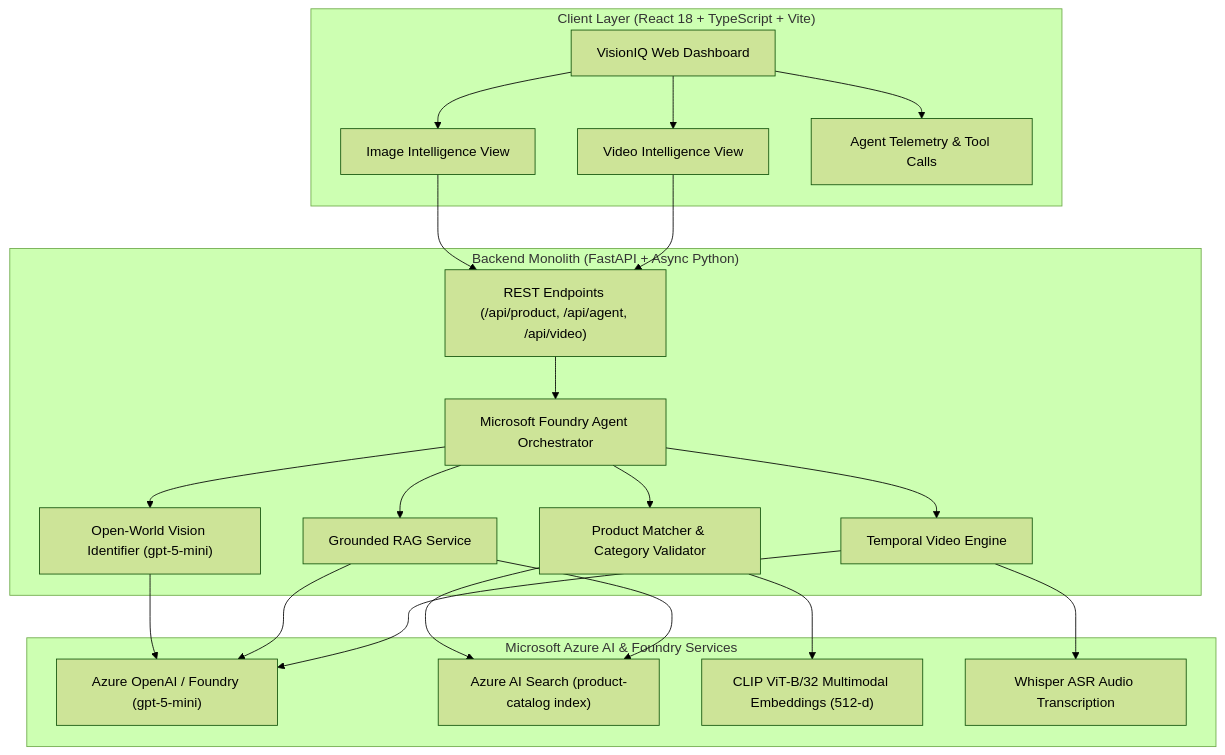
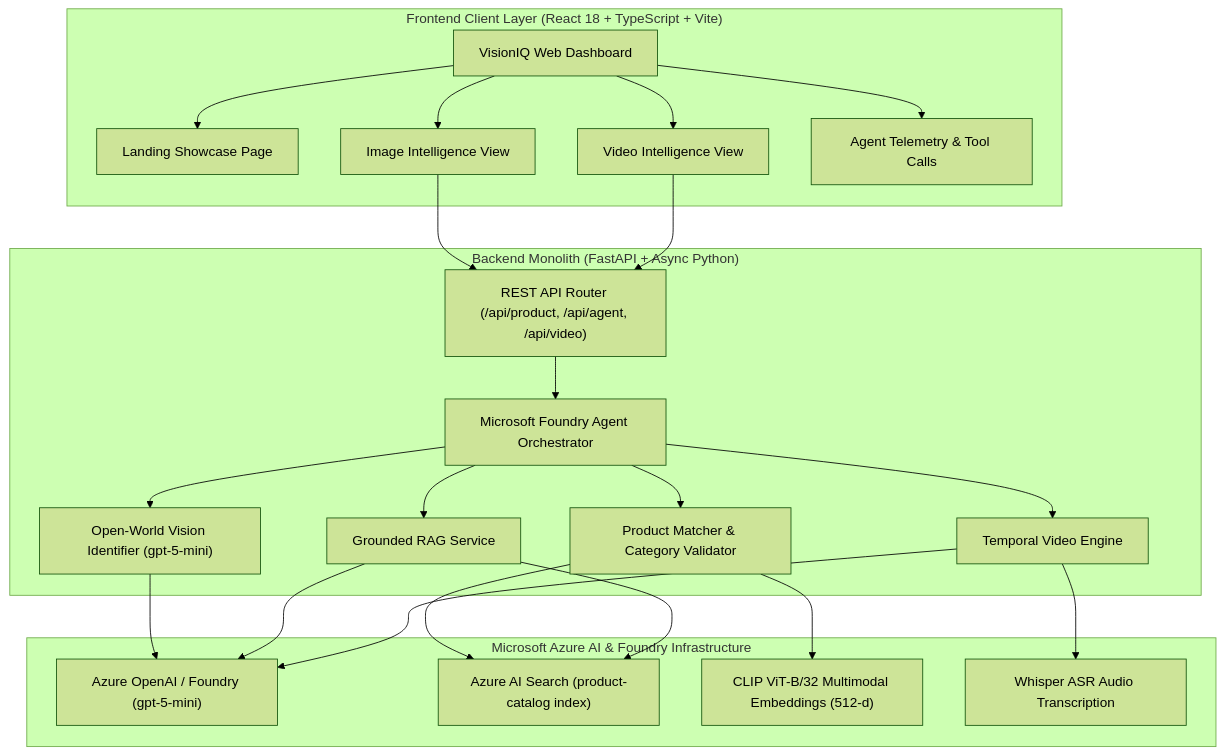
One commit to Pranjal-sh-git/visioniq changed the diagram in README.md. Above: the diagram before and after it, drawn with Mermaid (forest theme). The commit also changed other lines of this file and 11 other files, not shown here.

````diff
--- a/README.md
+++ b/README.md
@@ -61,34 +78,35 @@
 ```mermaid
 flowchart TD
-    subgraph Client ["Client Layer (React 18 + TypeScript + Vite)"]
+    subgraph Client ["Frontend Client Layer (React 18 + TypeScript + Vite)"]
         UI["VisionIQ Web Dashboard"]
+        Landing["Landing Showcase Page"]
         ImgTab["Image Intelligence View"]
         VidTab["Video Intelligence View"]
         TeleView["Agent Telemetry & Tool Calls"]
     end
 
     subgraph Backend ["Backend Monolith (FastAPI + Async Python)"]
-        API["REST Endpoints (/api/product, /api/agent, /api/video)"]
+        API["REST API Router (/api/product, /api/agent, /api/video)"]
         Agent["Microsoft Foundry Agent Orchestrator"]
         OpenWorld["Open-World Vision Identifier (gpt-5-mini)"]
         Matcher["Product Matcher & Category Validator"]
         VideoEngine["Temporal Video Engine"]
         RAG["Grounded RAG Service"]
     end
 
-    subgraph AzureAI ["Microsoft Azure AI & Foundry Services"]
+    subgraph AzureAI ["Microsoft Azure AI & Foundry Infrastructure"]
         Foundry["Azure OpenAI / Foundry (gpt-5-mini)"]
         AISearch["Azure AI Search (product-catalog index)"]
         Embeddings["CLIP ViT-B/32 Multimodal Embeddings (512-d)"]
         ASR["Whisper ASR Audio Transcription"]
     end
 
-    UI --> ImgTab & VidTab & TeleView
+    UI --> Landing & ImgTab & VidTab & TeleView
     ImgTab & VidTab --> API
     API --> Agent
     Agent --> OpenWorld & Matcher & VideoEngine & RAG
     OpenWorld --> Foundry
     Matcher --> Embeddings & AISearch
     RAG --> AISearch & Foundry
     VideoEngine --> ASR & Foundry
 ```
````
